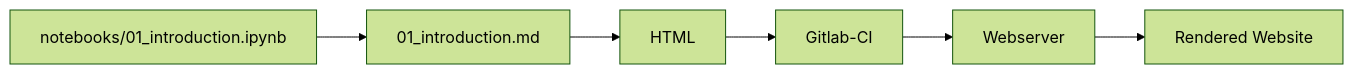
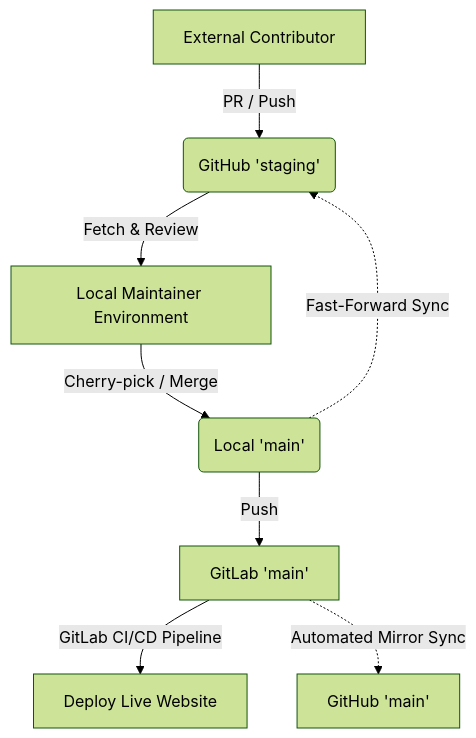
One commit to TasnimOy/ioer-conference-2026-haclathon changed the diagram in DEVELOPERS.md. Above: the diagram before and after it, drawn with Mermaid. The commit also changed other lines of this file, not shown here.

Commit message:
docs: update developer section (general overhaul, github contributor merge flow)

````diff
--- a/DEVELOPERS.md
+++ b/DEVELOPERS.md
@@ -51,5 +54,11 @@
 ```mermaid 
 %%{init: { 'theme':'forest', 'securityLevel': 'loose', 'sequence': {'useMaxWidth':false} } }%%
-flowchart LR;
-   notebooks/01_introduction.ipynb-->01_introduction.md-->HTML-->Gitlab-CI-->Webserver-->target[Rendered Website]
+flowchart TD
+   A[External Contributor] -->|PR / Push| B(GitHub 'staging')
+   B -->|Fetch & Review| C[Local Maintainer Environment]
+   C -->|Cherry-pick / Merge| D(Local 'main')
+   D -->|Push| E[GitLab 'main']
+   E -->|GitLab CI/CD Pipeline| F[Deploy Live Website]
+   E -.->|Automated Mirror Sync| G[GitHub 'main']
+   D -.->|Fast-Forward Sync| B
 ```
````
